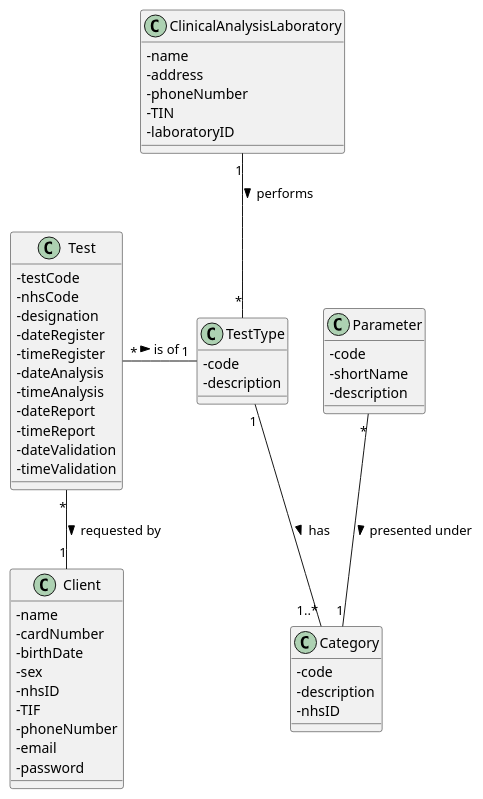
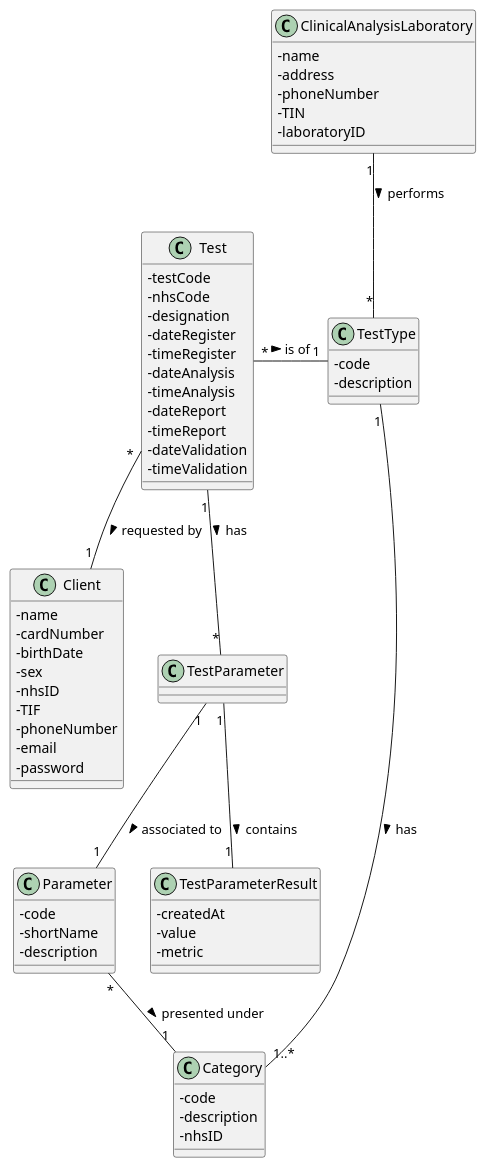
Before and after one commit to MadDinosaur/ISEP-LAPR2: the diagram in docs/SprintD/US17/US17_DM.puml, drawn with PlantUML. The commit also changed 3 other files, not shown here.

Commit message:
US17: changed the requirements file; changed the sequence diagram, class diagram and domain model.

```diff
--- a/docs/SprintD/US17/US17_DM.puml
+++ b/docs/SprintD/US17/US17_DM.puml
@@ -1,64 +1,76 @@
 @startuml
 
 skinparam classAttributeIconSize 0
 
 class Test {
 -testCode
 -nhsCode
 -designation
 -dateRegister
 -timeRegister
 -dateAnalysis
 -timeAnalysis
 -dateReport
 -timeReport
 -dateValidation
 -timeValidation
 }
 
 class ClinicalAnalysisLaboratory {
 -name
 -address
 -phoneNumber
 -TIN
 -laboratoryID
 }
 
 class Client {
 -name
 -cardNumber
 -birthDate
 -sex
 -nhsID
 -TIF
 -phoneNumber
 -email
 -password
 }
 
 class TestType {
 -code
 -description
 }
 
 class Category {
 -code
 -description
 -nhsID
 }
 
 class Parameter {
 -code
 -shortName
 -description
 }
 
+class TestParameter
+
+class TestParameterResult {
+-createdAt
+-value
+-metric
+}
+
 Test "*"--"1" Client : requested by >
 Test "*"-right-"1" "TestType" : is of >
 Parameter "*"--"1" Category : presented under >
 ClinicalAnalysisLaboratory "1"--"*" TestType : performs >
 TestType "1"--"1..*" Category : has >
+Test "1"--"*" TestParameter: has >
+TestParameter "1"--"1" TestParameterResult: contains >
+TestParameter "1"--"1" Parameter: associated to >
+
 
 
 
 @enduml
```
